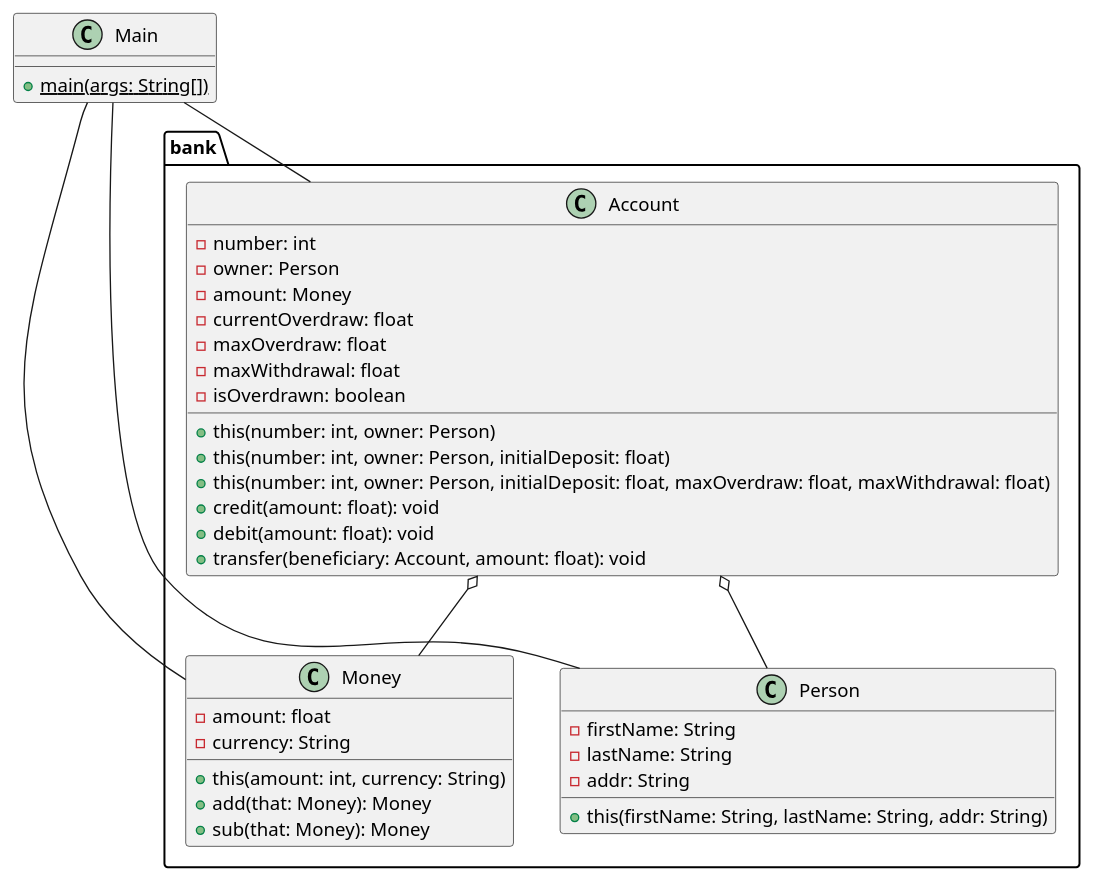
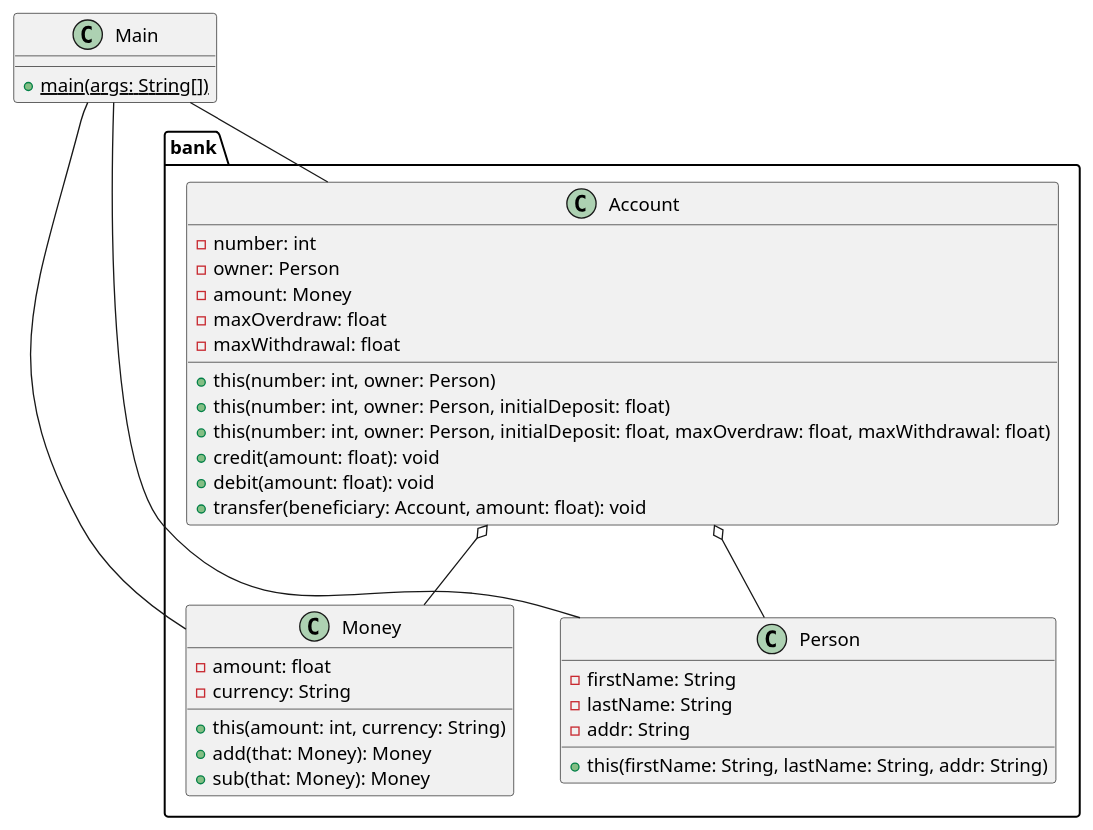
One commit to dallatIkes/GL_TP1 changed the diagram in class_diag.puml. Above: the diagram before and after it, drawn with PlantUML. The commit also changed 1 other file, not shown here.

```diff
--- a/class_diag.puml
+++ b/class_diag.puml
@@ -1,43 +1,41 @@
 @startuml
 package bank {
 class Money {
 - amount: float
 - currency: String
 + this(amount: int, currency: String)
 + add(that: Money): Money
 + sub(that: Money): Money
 }
 
 class Person{
 - firstName: String
 - lastName: String
 - addr: String
 + this(firstName: String, lastName: String, addr: String)
 }
 class Account{
 - number: int
 - owner: Person
 - amount: Money
-- currentOverdraw: float
 - maxOverdraw: float
 - maxWithdrawal: float
-- isOverdrawn: boolean
 + this(number: int, owner: Person)
 + this(number: int, owner: Person, initialDeposit: float)
 + this(number: int, owner: Person, initialDeposit: float, maxOverdraw: float, maxWithdrawal: float)
 + credit(amount: float): void
 + debit(amount: float): void
 + transfer(beneficiary: Account, amount: float): void
 }
 }
 class Main {
 + {static} main(args: String[])
 }
 
 Main -- Money
 Main -- Account
 Main -- Person
 
 Account o-- Money
 Account o-- Person
 @enduml
```
